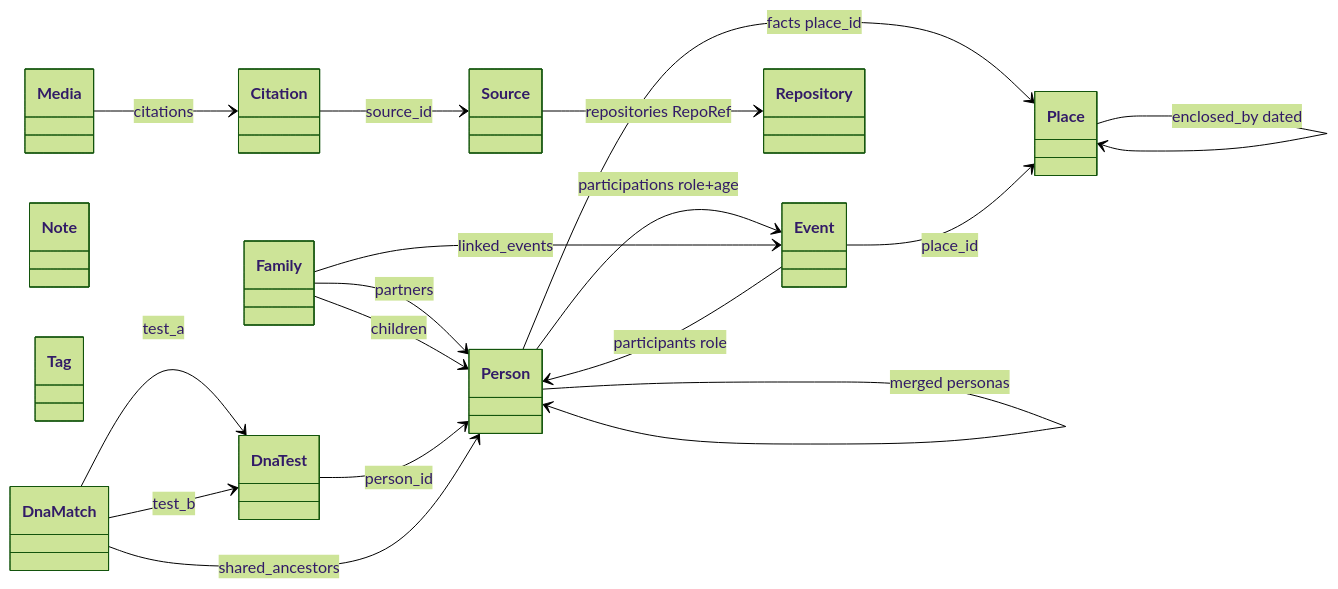
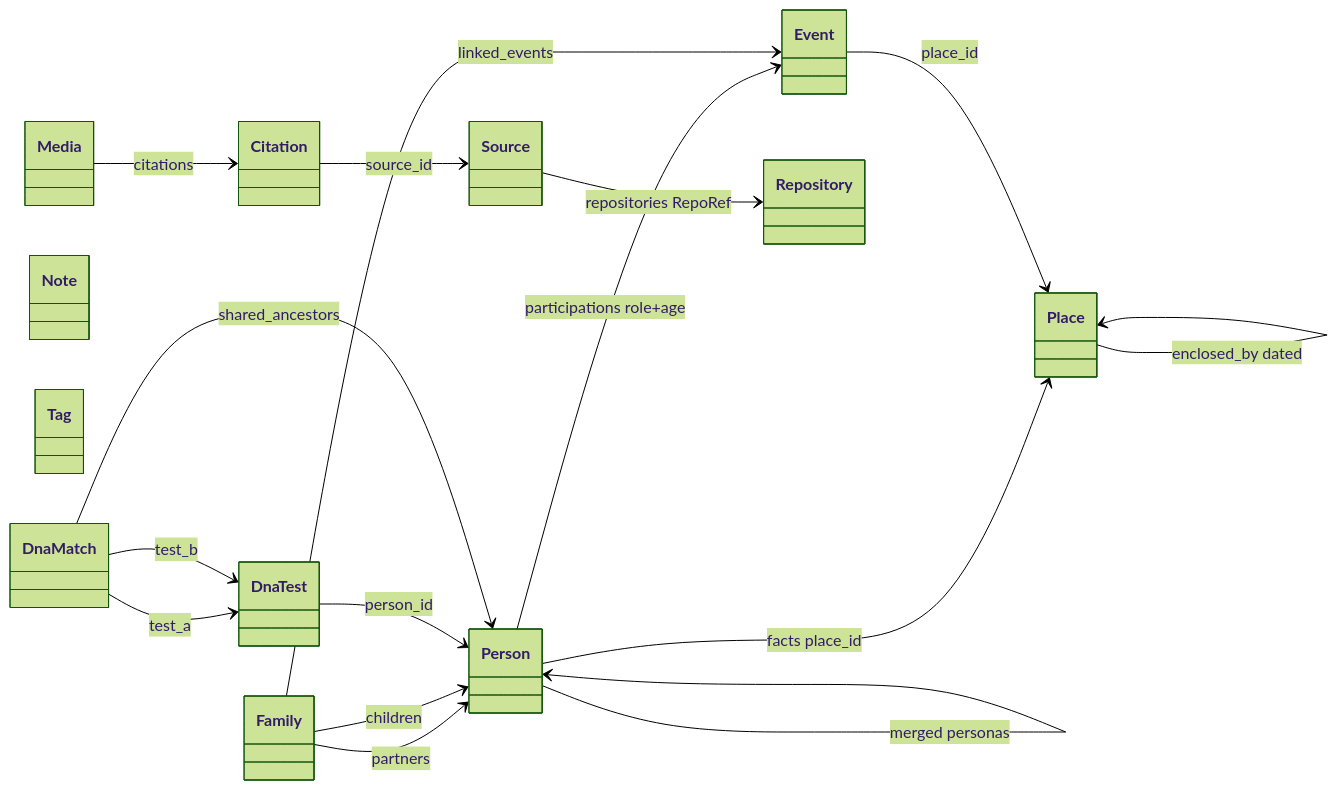
One commit to magne/vitni changed the first of 7 diagrams in docs/data-model-diagram.md. Above: the diagram before and after it, drawn with Mermaid (forest theme). The commit also changed other lines of this file and 29 other files, not shown here.

````diff
--- a/docs/data-model-diagram.md
+++ b/docs/data-model-diagram.md
@@ -39,35 +39,34 @@
 ```mermaid
 classDiagram
     direction LR
 
     class Person
     class Family
     class Event
     class Place
     class Source
     class Citation
     class Repository
     class Media
     class Note
     class Tag
     class DnaTest
     class DnaMatch
 
     Person --> Event : participations role+age
-    Event --> Person : participants role
     Person --> Person : associations
     Person --> Person : merged personas
     Person --> Place : facts place_id
     Family --> Person : partners
     Family --> Person : children
     Family --> Event : linked_events
     Event --> Place : place_id
     Place --> Place : enclosed_by dated
     Citation --> Source : source_id
     Source --> Repository : repositories RepoRef
     Media --> Citation : citations
     DnaTest --> Person : person_id
     DnaMatch --> DnaTest : test_a
     DnaMatch --> DnaTest : test_b
     DnaMatch --> Person : shared_ancestors
 ```
````
